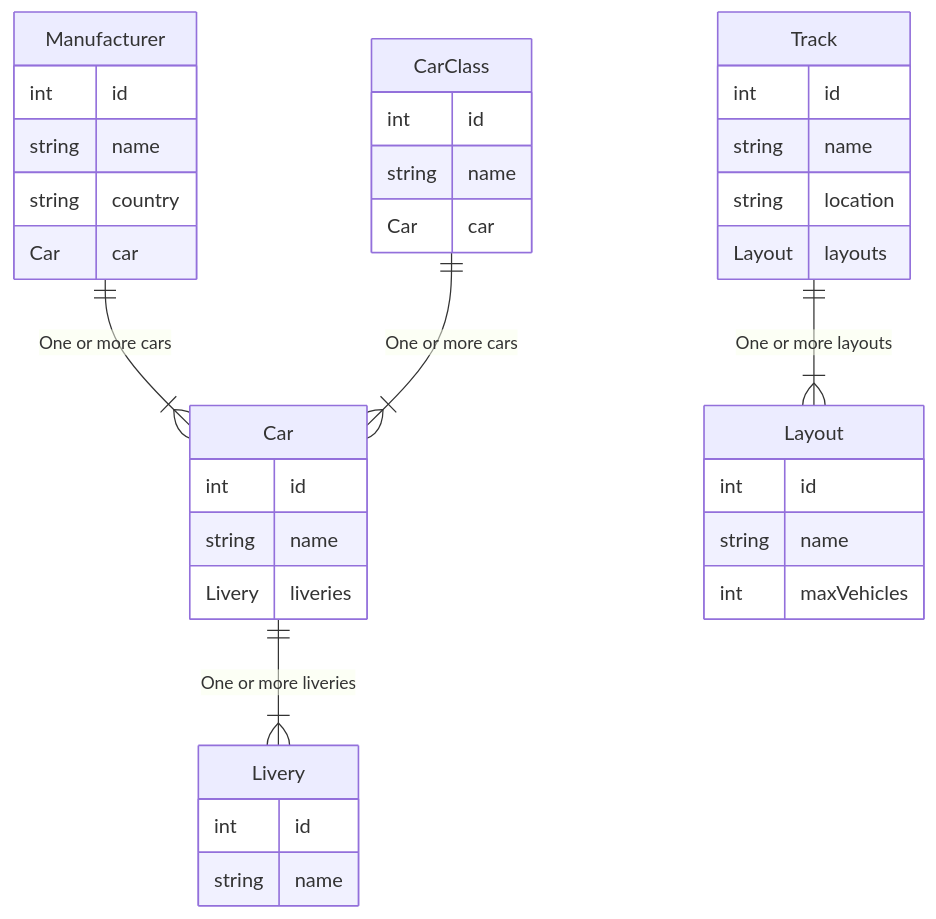
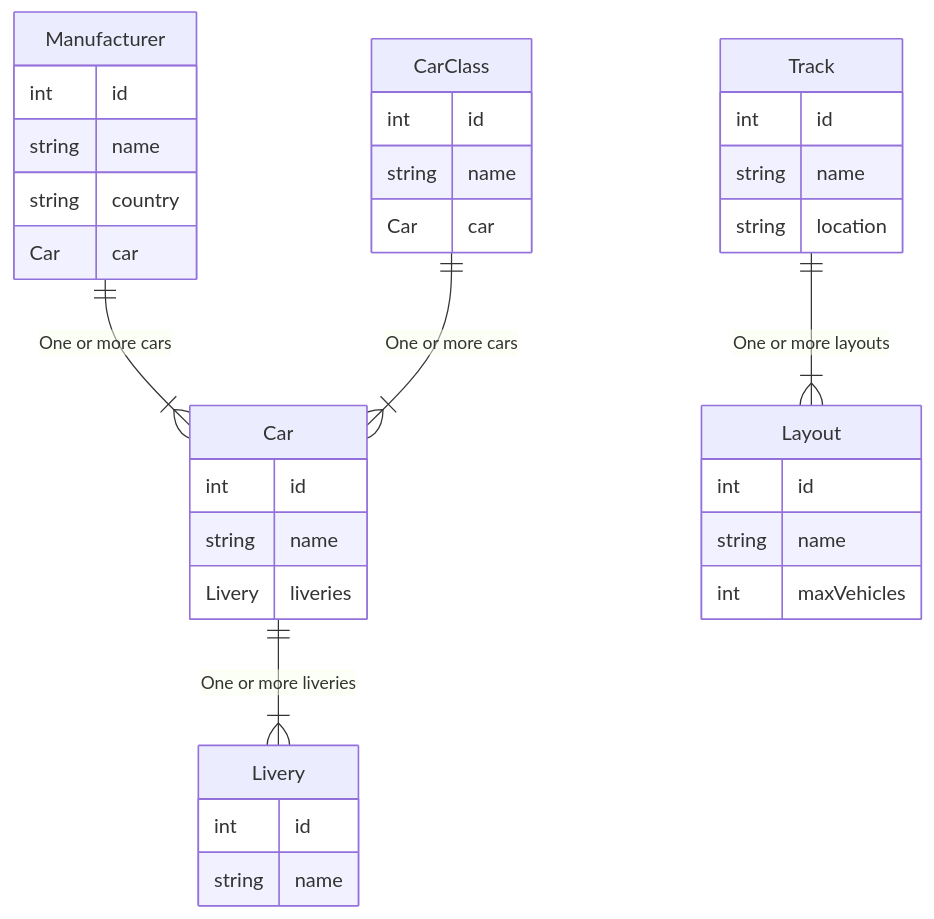
One commit to SCarlsen7757/R3EServerRaceResult changed the diagram in R3EServerRaceResult/Data/R3E/ER.MD. Above: the diagram before and after it, drawn with Mermaid. The commit also changed other lines of this file, not shown here.

First line of the commit message:
Expand ER diagram in ER.MD to cover race stats entities

````diff
--- a/R3EServerRaceResult/Data/R3E/ER.MD
+++ b/R3EServerRaceResult/Data/R3E/ER.MD
@@ -1,43 +2,39 @@
 ```mermaid
 erDiagram
     Car ||--|{ Livery : "One or more liveries"
     Manufacturer ||--|{ Car : "One or more cars"
-
     CarClass ||--|{ Car : "One or more cars"
-
     Track ||--|{ Layout : "One or more layouts"
 
     Livery {
         int id
         string name
     }
     Car {
         int id
         string name
         Livery liveries
     }
     Manufacturer {
         int id
         string name
         string country
         Car car
     }
     CarClass {
         int id
         string name
         Car car
     }
 
     Layout {
         int id
         string name
         int maxVehicles
     }
     Track {
         int id
         string name
         string location
-        Layout layouts
     }
-
 ```
````
